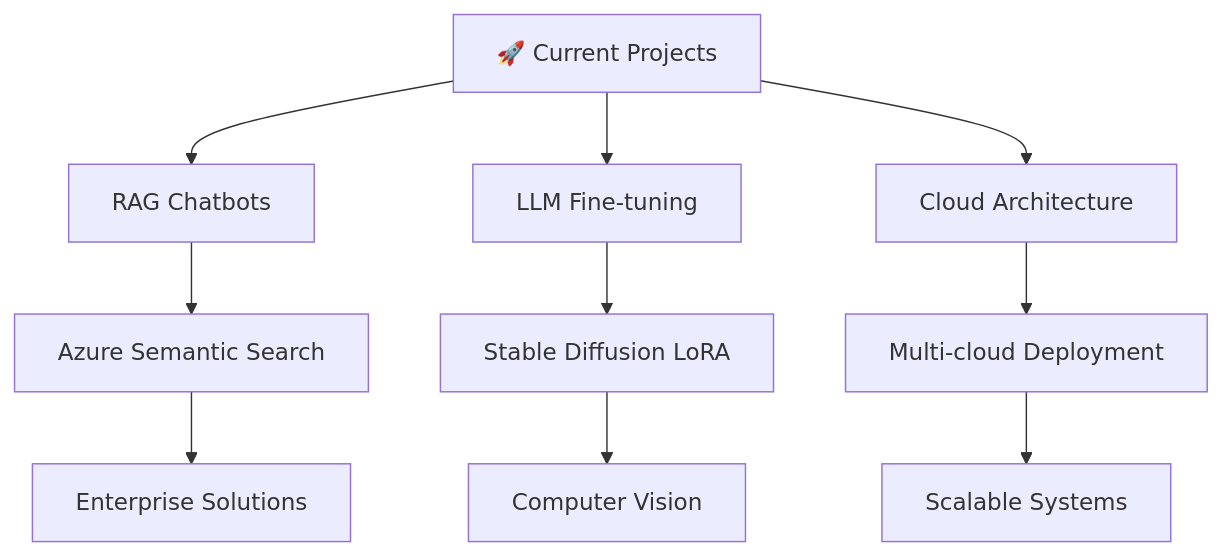
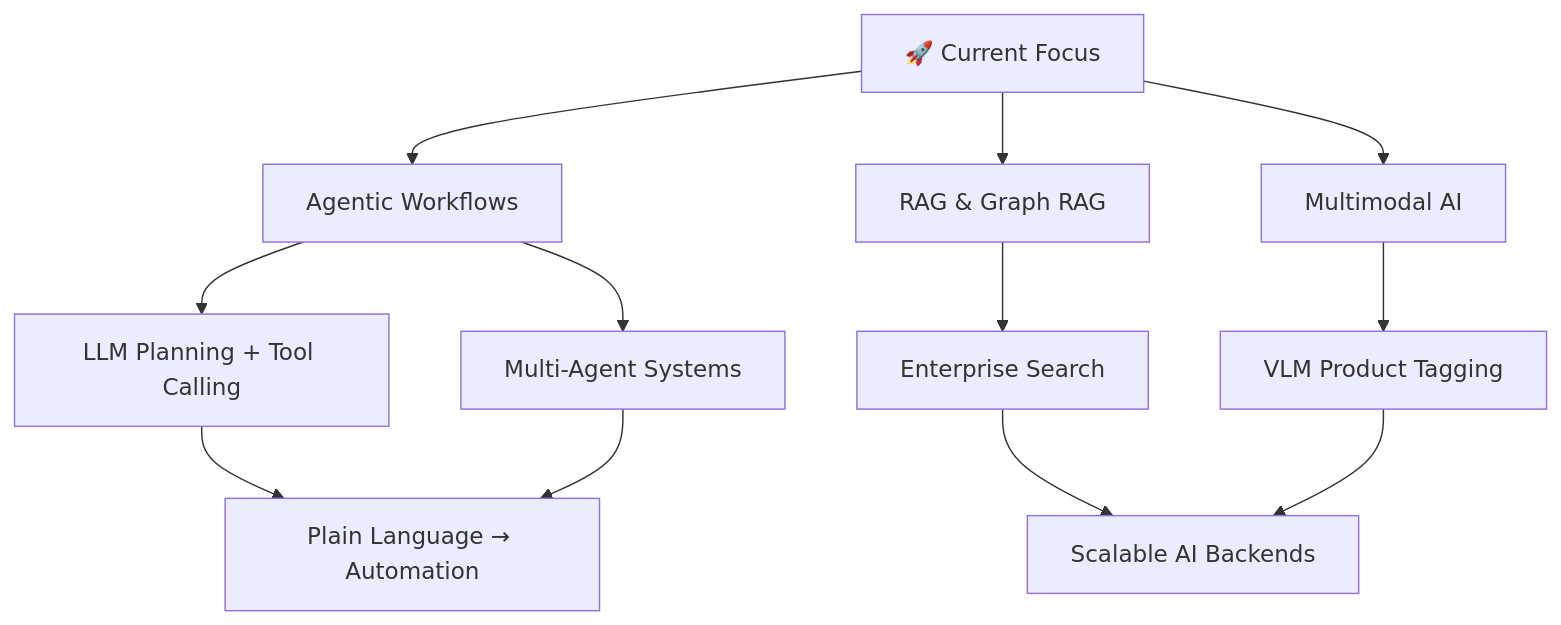
The diagram in README.md (abdulmoiz02/abdulmoiz02), drawn with Mermaid before and after one commit. The commit also changed other lines of this file, not shown here.

First line of the commit message:
Revise README with updated profile and projects

````diff
--- a/README.md
+++ b/README.md
@@ -234,12 +320,14 @@
 ```mermaid
 graph TD
-    A[🚀 Current Projects] --> B[RAG Chatbots]
-    A --> C[LLM Fine-tuning]
-    A --> D[Cloud Architecture]
-    B --> E[Azure Semantic Search]
-    C --> F[Stable Diffusion LoRA]
-    D --> G[Multi-cloud Deployment]
-    E --> H[Enterprise Solutions]
-    F --> I[Computer Vision]
-    G --> J[Scalable Systems]
+    A[🚀 Current Focus] --> B[Agentic Workflows]
+    A --> C[RAG & Graph RAG]
+    A --> D[Multimodal AI]
+    B --> E[LLM Planning + Tool Calling]
+    B --> F[Multi-Agent Systems]
+    C --> G[Enterprise Search]
+    D --> H[VLM Product Tagging]
+    E --> I[Plain Language → Automation]
+    F --> I
+    G --> J[Scalable AI Backends]
+    H --> J
 ```
````
